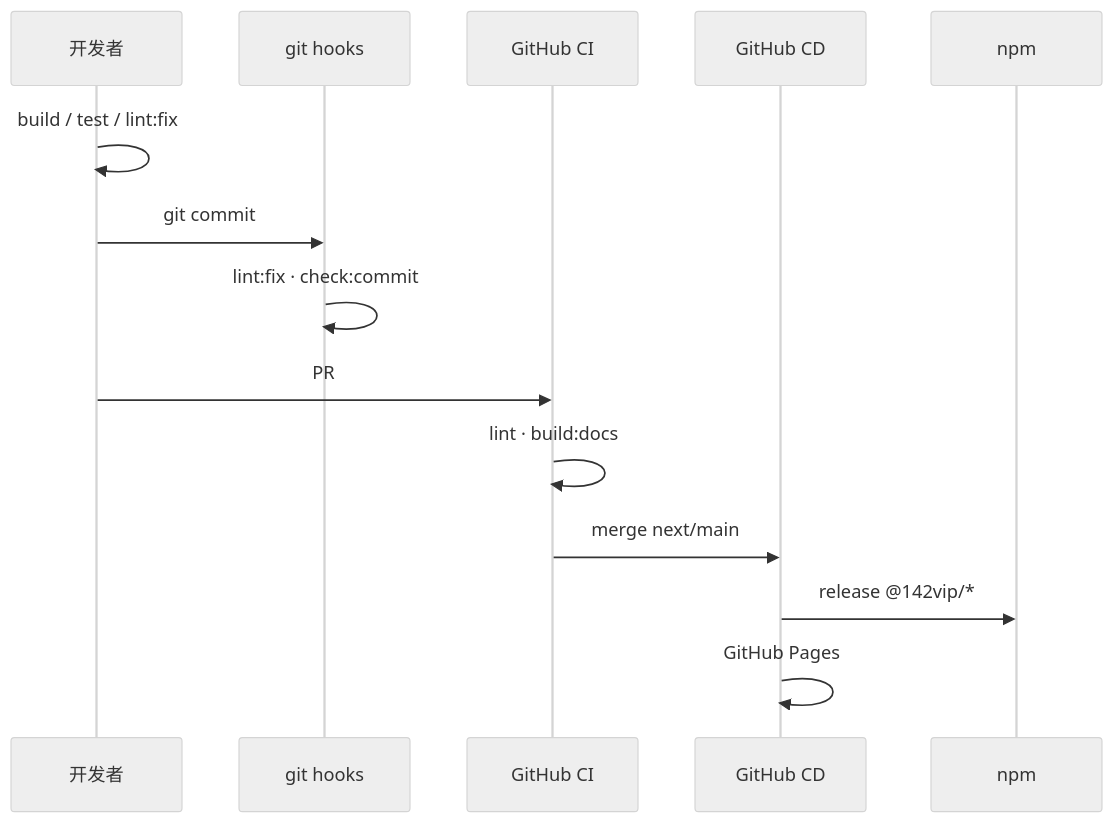
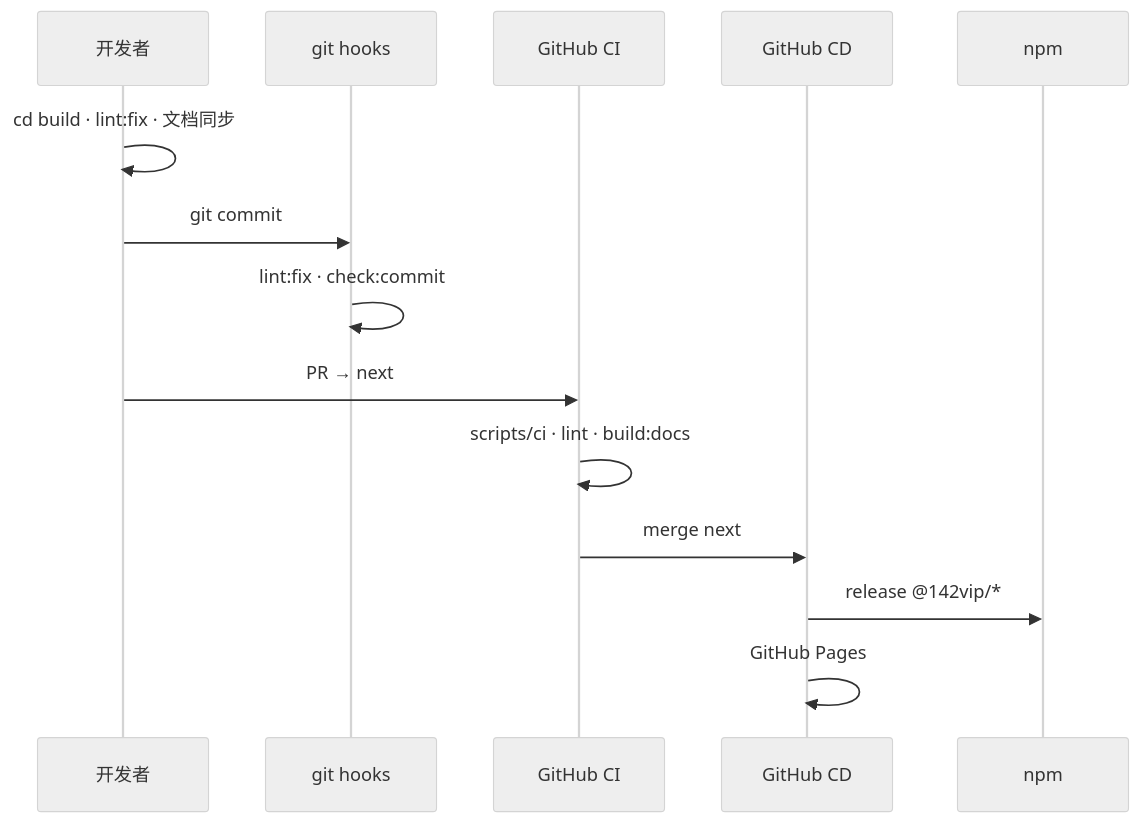
The fourth of 5 diagrams in README.md (142vip/core-x), drawn with Mermaid (neutral theme) before and after one commit. The commit also changed other lines of this file and 5 other files, not shown here.

````diff
--- a/README.md
+++ b/README.md
@@ -133,17 +141,17 @@
 ```mermaid
 sequenceDiagram
   participant Dev as 开发者
   participant Hook as git hooks
   participant CI as GitHub CI
   participant CD as GitHub CD
   participant NPM as npm
 
-  Dev->>Dev: build / test / lint:fix
+  Dev->>Dev: cd build · lint:fix · 文档同步
   Dev->>Hook: git commit
   Hook->>Hook: lint:fix · check:commit
-  Dev->>CI: PR
-  CI->>CI: lint · build:docs
-  CI->>CD: merge next/main
+  Dev->>CI: PR → next
+  CI->>CI: scripts/ci · lint · build:docs
+  CI->>CD: merge next
   CD->>NPM: release @142vip/*
   CD->>CD: GitHub Pages
 ```
````
